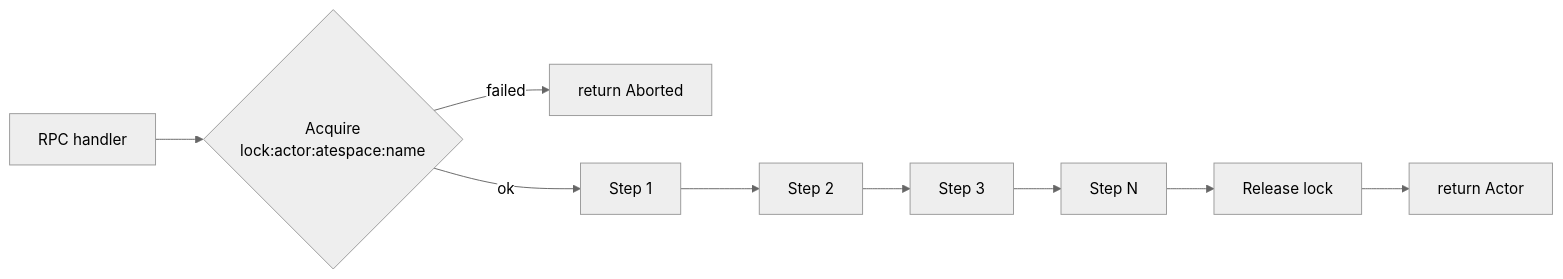
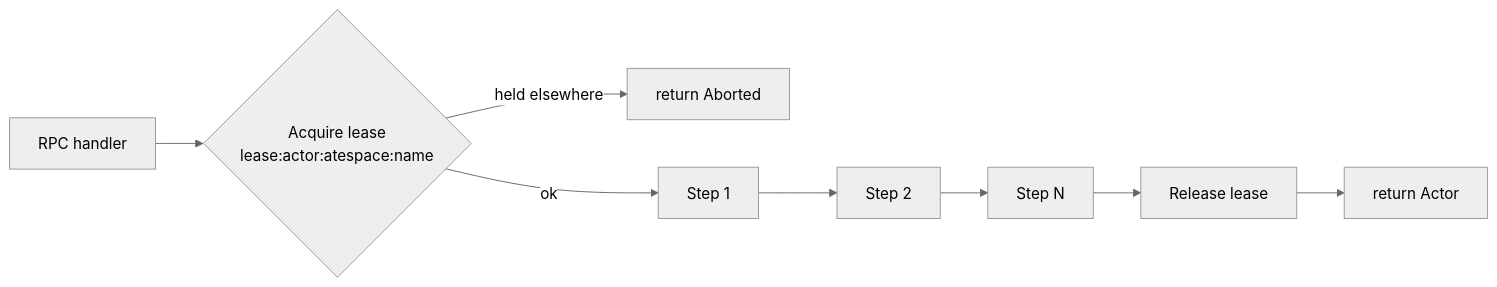
The second of 2 diagrams in atlas/src/content/docs/components/ateapi.mdx (christian-posta/substrate), drawn with Mermaid (neutral theme) before and after one commit. The commit also changed other lines of this file and 34 other files, not shown here.

````diff
--- a/atlas/src/content/docs/components/ateapi.mdx
+++ b/atlas/src/content/docs/components/ateapi.mdx
@@ -121,11 +145,10 @@
 ```mermaid
 flowchart LR
-  IN[RPC handler] --> LOCK{Acquire<br/>lock:actor:atespace:name}
-  LOCK -- failed --> ABORT[return Aborted]
-  LOCK -- ok --> S1[Step 1]
+  IN[RPC handler] --> LEASE{Acquire lease<br/>lease:actor:atespace:name}
+  LEASE -- held elsewhere --> ABORT[return Aborted]
+  LEASE -- ok --> S1[Step 1]
   S1 --> S2[Step 2]
-  S2 --> S3[Step 3]
-  S3 --> S4[Step N]
-  S4 --> UNLOCK[Release lock]
-  UNLOCK --> OUT[return Actor]
+  S2 --> SN[Step N]
+  SN --> REL[Release lease]
+  REL --> OUT[return Actor]
 ```
````
